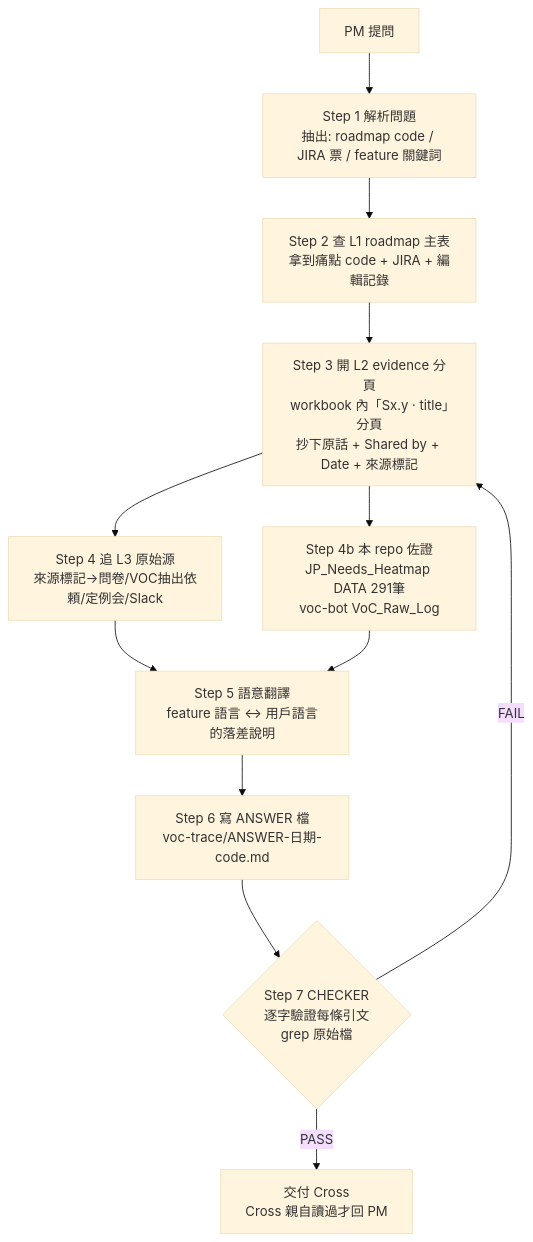
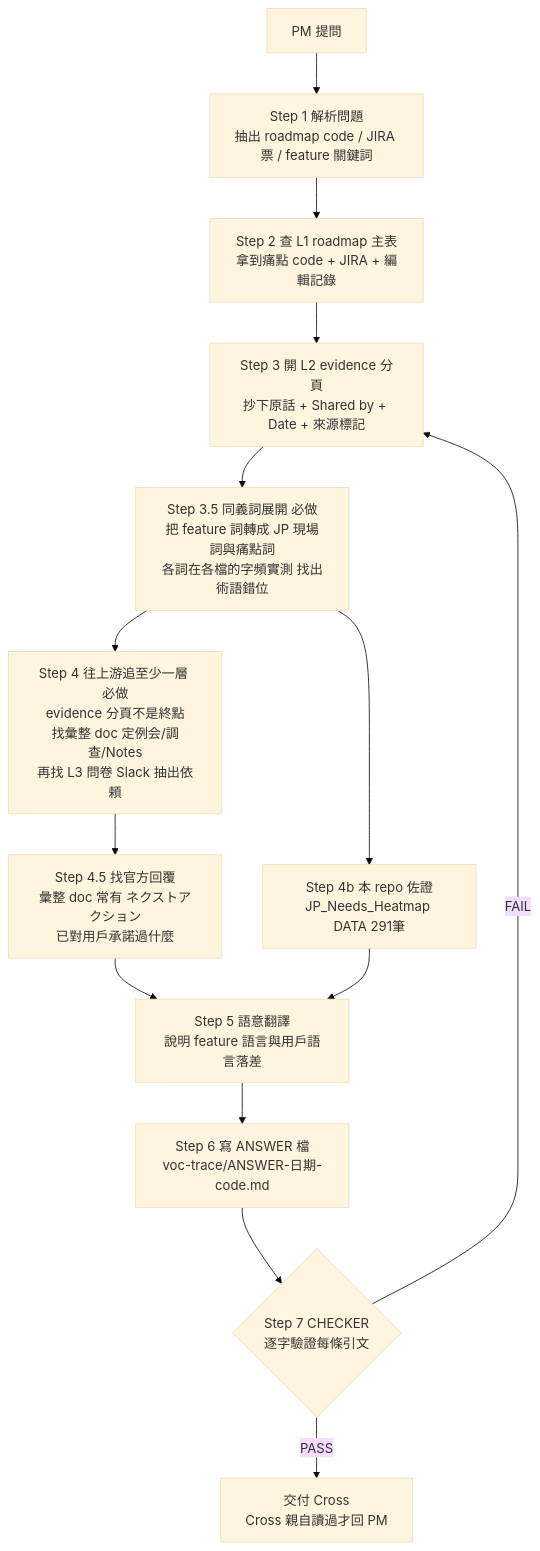
Before and after one commit to crosswang-collab/product-ops-bridge: the diagram in .claude/skills/voc-trace/SKILL.md, drawn with Mermaid (base theme). The commit also changed other lines of this file and 1 other file, not shown here.

First line of the commit message:
fix(voc-trace): 修正 S2.7 溯源答案 — 根因是「小袋/子袋」術語錯位

````diff
--- a/.claude/skills/voc-trace/SKILL.md
+++ b/.claude/skills/voc-trace/SKILL.md
@@ -28,14 +32,16 @@
 ```mermaid
 flowchart TD
-    Q[PM 提問] --> P1[Step 1 解析問題<br/>抽出: roadmap code / JIRA 票 / feature 關鍵詞]
+    Q[PM 提問] --> P1[Step 1 解析問題<br/>抽出 roadmap code / JIRA 票 / feature 關鍵詞]
     P1 --> P2[Step 2 查 L1 roadmap 主表<br/>拿到痛點 code + JIRA + 編輯記錄]
-    P2 --> P3[Step 3 開 L2 evidence 分頁<br/>workbook 內「Sx.y · title」分頁<br/>抄下原話 + Shared by + Date + 來源標記]
-    P3 --> P4[Step 4 追 L3 原始源<br/>來源標記→問卷/VOC抽出依頼/定例会/Slack]
-    P3 --> P5[Step 4b 本 repo 佐證<br/>JP_Needs_Heatmap DATA 291筆<br/>voc-bot VoC_Raw_Log]
-    P4 --> S[Step 5 語意翻譯<br/>feature 語言 ↔ 用戶語言的落差說明]
+    P2 --> P3[Step 3 開 L2 evidence 分頁<br/>抄下原話 + Shared by + Date + 來源標記]
+    P3 --> P35[Step 3.5 同義詞展開 必做<br/>把 feature 詞轉成 JP 現場詞與痛點詞<br/>各詞在各檔的字頻實測 找出術語錯位]
+    P35 --> P4[Step 4 往上游追至少一層 必做<br/>evidence 分頁不是終點<br/>找彙整 doc 定例会/調查/Notes<br/>再找 L3 問卷 Slack 抽出依頼]
+    P35 --> P5[Step 4b 本 repo 佐證<br/>JP_Needs_Heatmap DATA 291筆]
+    P4 --> P45[Step 4.5 找官方回覆<br/>彙整 doc 常有 ネクストアクション<br/>已對用戶承諾過什麼]
+    P45 --> S[Step 5 語意翻譯<br/>說明 feature 語言與用戶語言落差]
     P5 --> S
     S --> W[Step 6 寫 ANSWER 檔<br/>voc-trace/ANSWER-日期-code.md]
-    W --> C{Step 7 CHECKER<br/>逐字驗證每條引文<br/>grep 原始檔}
+    W --> C{Step 7 CHECKER<br/>逐字驗證每條引文}
     C -- FAIL --> P3
     C -- PASS --> OUT[交付 Cross<br/>Cross 親自讀過才回 PM]
 ```
````
